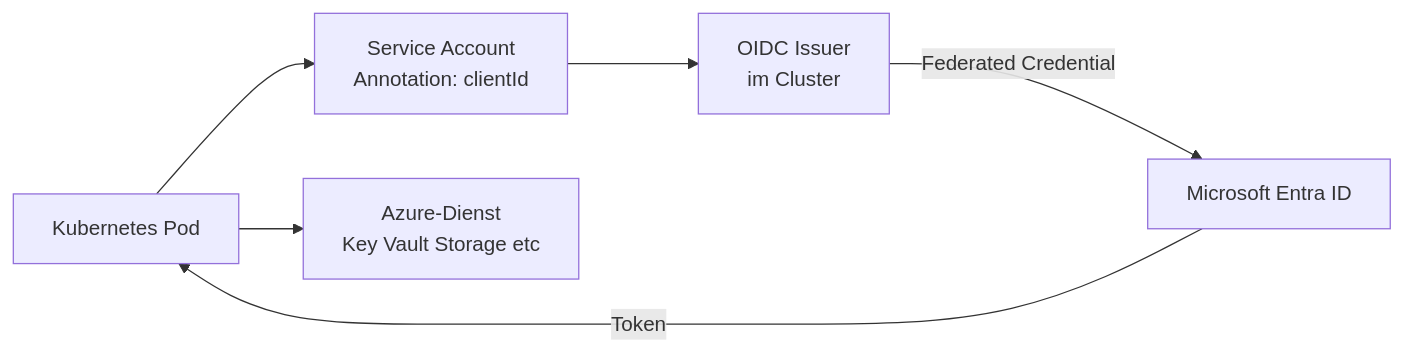
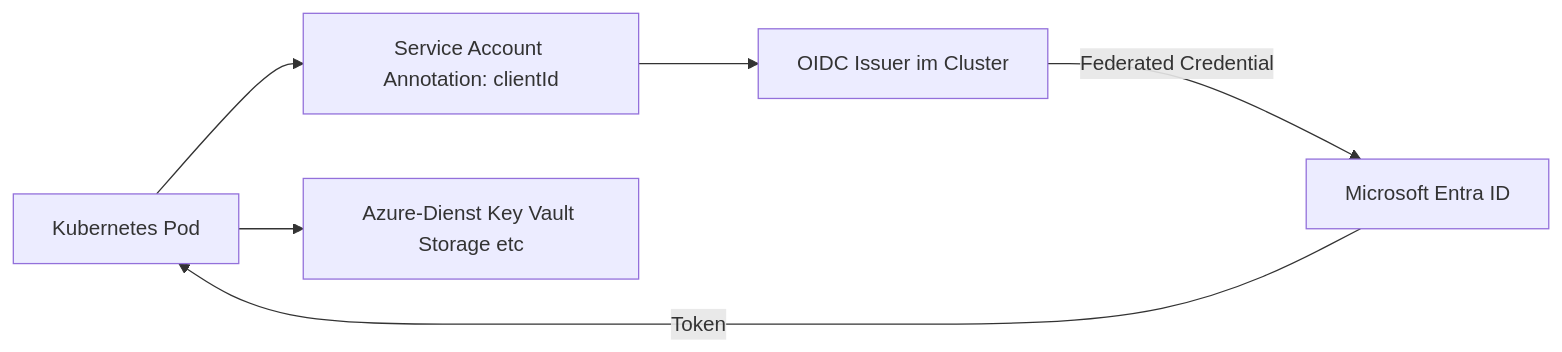
Before and after one commit to SoniiiT/notes-n-docs: the fifth of 6 diagrams in Microsoft 365/Azure/Arc/Arc-fähige Kubernetes.md, drawn with Mermaid. The commit also changed other lines of this file and 124 other files, not shown here.

First line of the commit message:
fix: Entferne \n aus allen Mermaid-Diagrammen (125 Dateien)

````diff
--- a/Microsoft 365/Azure/Arc/Arc-fähige Kubernetes.md
+++ b/Microsoft 365/Azure/Arc/Arc-fähige Kubernetes.md
@@ -314,14 +314,14 @@
 ```mermaid
 graph LR
     POD[Kubernetes Pod]
-    SA[Service Account\nAnnotation: clientId]
-    OIDC[OIDC Issuer\nim Cluster]
+    SA[Service Account Annotation: clientId]
+    OIDC[OIDC Issuer im Cluster]
     ENTRA[Microsoft Entra ID]
-    AZURE_SVC[Azure-Dienst\nKey Vault Storage etc]
+    AZURE_SVC[Azure-Dienst Key Vault Storage etc]
 
     POD --> SA
     SA --> OIDC
     OIDC -->|Federated Credential| ENTRA
     ENTRA -->|Token| POD
     POD --> AZURE_SVC
 ```
````
